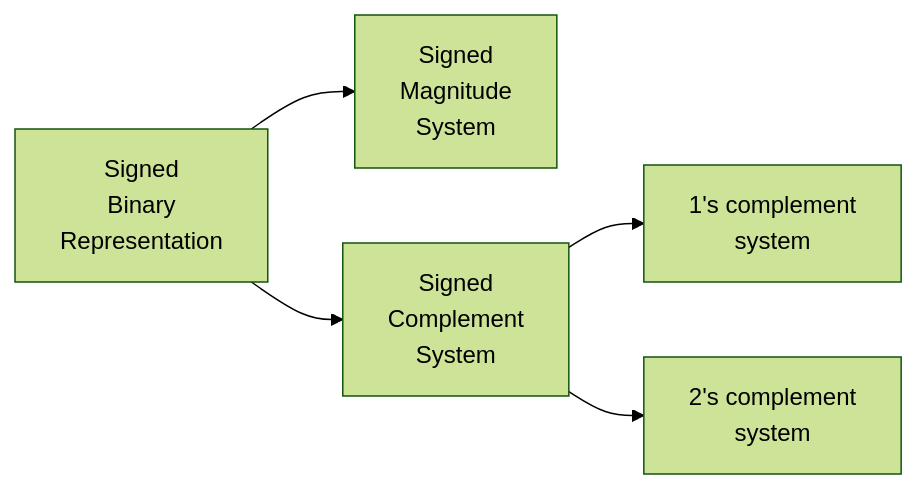
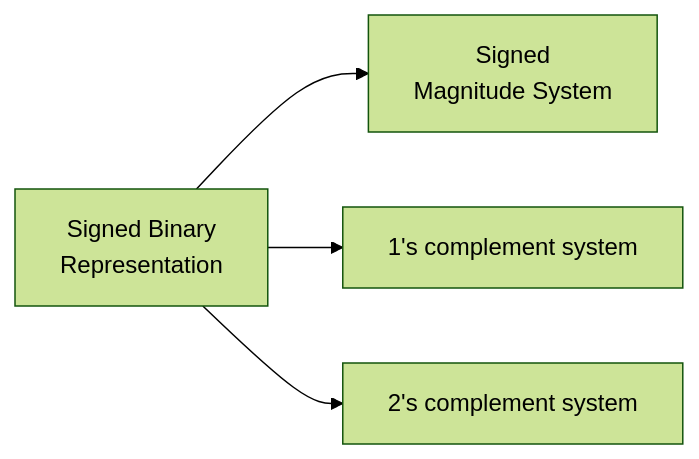
The diagram in Digital-Logic/Number Systems/Signed Binary Numbers.md (supremeimposter/My-Vault), drawn with Mermaid (forest theme) before and after one commit. The commit also changed 4 other files, not shown here.

````diff
--- a/Digital-Logic/Number Systems/Signed Binary Numbers.md
+++ b/Digital-Logic/Number Systems/Signed Binary Numbers.md
@@ -17,7 +17,6 @@
 ```mermaid
 flowchart LR
-A[Signed \nBinary \nRepresentation] --> B[Signed \nMagnitude \nSystem]
-A --> C[Signed \nComplement \nSystem]
-C --> D[1's complement \nsystem]
-C --> E[2's complement \nsystem]
+A[Signed Binary \nRepresentation] --> B[Signed \nMagnitude  System]
+A --> C[1's complement system]
+A --> D[2's complement system]
 ```
````
